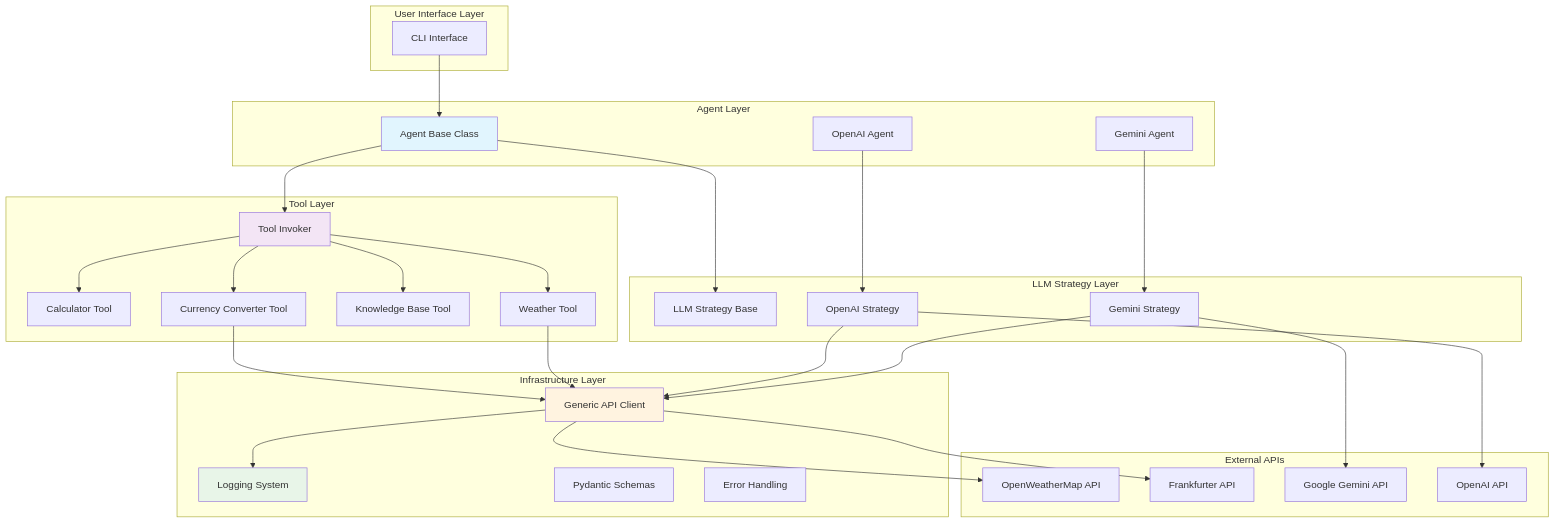
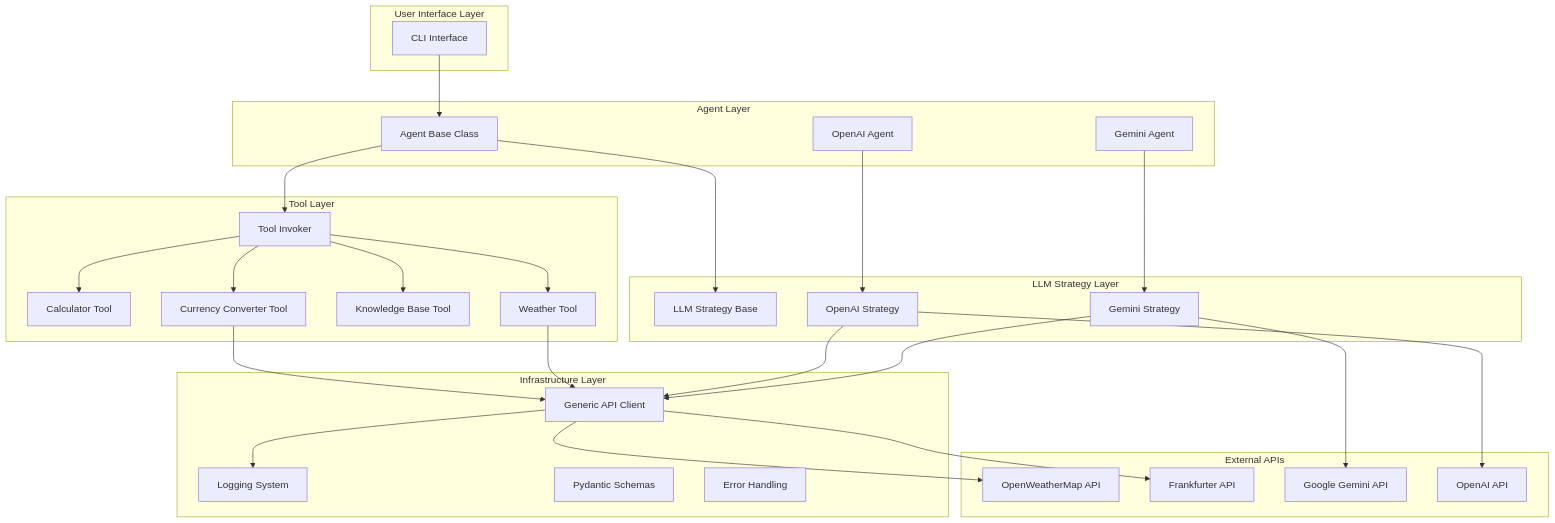
One commit to mirzaazwad/AIToolProject changed the first of 5 diagrams in README.md. Above: the diagram before and after it, drawn with Mermaid. The commit also changed other lines of this file and 2 other files, not shown here.

````diff
--- a/README.md
+++ b/README.md
@@ -22,64 +22,59 @@
 ```mermaid
 graph TB
     subgraph "User Interface Layer"
         CLI[CLI Interface]
     end
 
     subgraph "Agent Layer"
         Agent[Agent Base Class]
         GeminiAgent[Gemini Agent]
         OpenAIAgent[OpenAI Agent]
     end
 
     subgraph "LLM Strategy Layer"
         LLMBase[LLM Strategy Base]
         GeminiLLM[Gemini Strategy]
         OpenAILLM[OpenAI Strategy]
     end
 
     subgraph "Tool Layer"
         ToolInvoker[Tool Invoker]
         Calculator[Calculator Tool]
         Weather[Weather Tool]
         KnowledgeBase[Knowledge Base Tool]
         CurrencyConverter[Currency Converter Tool]
     end
 
     subgraph "Infrastructure Layer"
         APIClient[Generic API Client]
         Logging[Logging System]
         Schemas[Pydantic Schemas]
         ErrorHandling[Error Handling]
     end
 
     subgraph "External APIs"
         WeatherAPI[OpenWeatherMap API]
         CurrencyAPI[Frankfurter API]
         GeminiAPI[Google Gemini API]
         OpenAIAPI[OpenAI API]
     end
 
     CLI --> Agent
     Agent --> LLMBase
     Agent --> ToolInvoker
     GeminiAgent --> GeminiLLM
     OpenAIAgent --> OpenAILLM
     ToolInvoker --> Calculator
     ToolInvoker --> Weather
     ToolInvoker --> KnowledgeBase
     ToolInvoker --> CurrencyConverter
     GeminiLLM --> APIClient
     OpenAILLM --> APIClient
     Weather --> APIClient
     CurrencyConverter --> APIClient
     APIClient --> Logging
     APIClient --> WeatherAPI
     APIClient --> CurrencyAPI
     GeminiLLM --> GeminiAPI
     OpenAILLM --> OpenAIAPI
-
-    style Agent fill:#e1f5fe
-    style ToolInvoker fill:#f3e5f5
-    style APIClient fill:#fff3e0
-    style Logging fill:#e8f5e8
 ```
````
